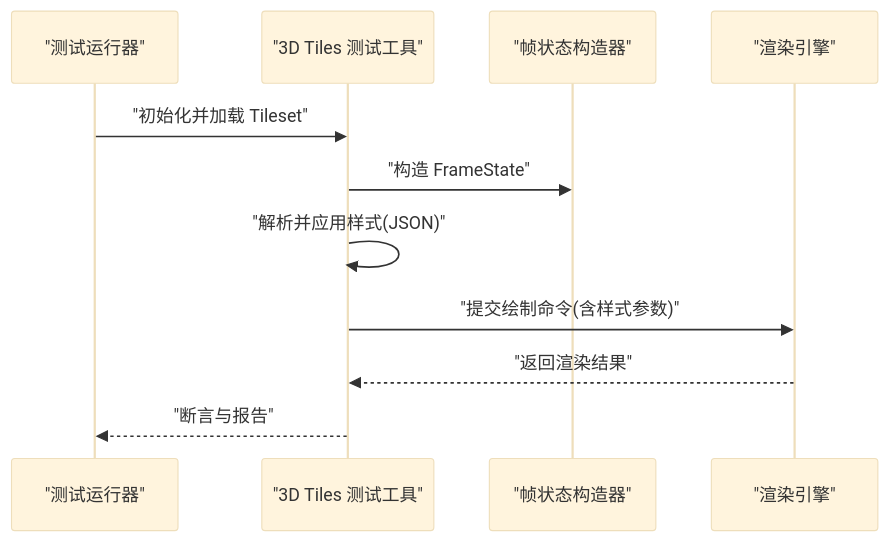
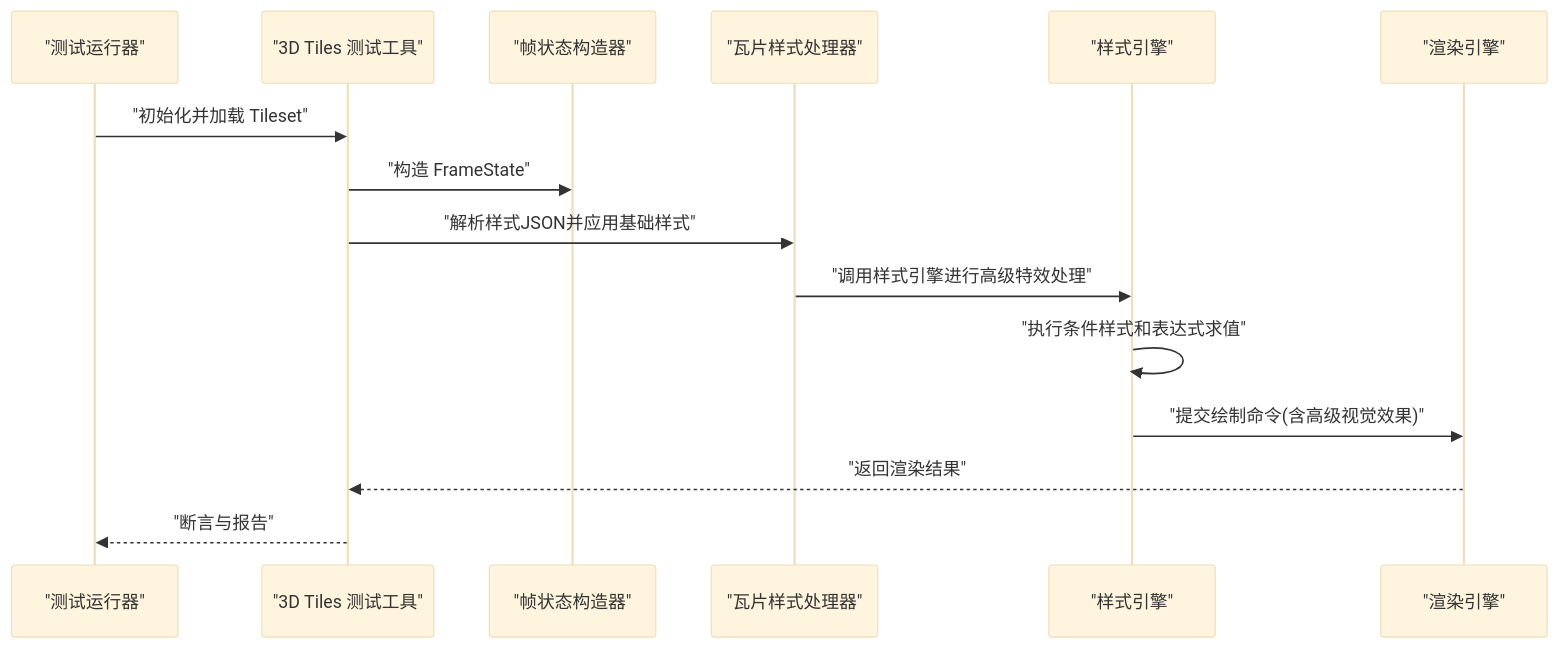
Before and after one commit to rzhangjing/cesium: the second of 4 diagrams in .qoder/repowiki/zh/content/API参考文档/数据源API/Cesium3DTileset/样式系统.md, drawn with Mermaid (base theme). The commit also changed other lines of this file and 29 other files, not shown here.

````diff
--- a/.qoder/repowiki/zh/content/API参考文档/数据源API/Cesium3DTileset/样式系统.md
+++ b/.qoder/repowiki/zh/content/API参考文档/数据源API/Cesium3DTileset/样式系统.md
@@ -64,13 +88,17 @@
 ```mermaid
 sequenceDiagram
 participant Runner as "测试运行器"
 participant Tester as "3D Tiles 测试工具"
 participant FS as "帧状态构造器"
+participant TS as "瓦片样式处理器"
+participant SE as "样式引擎"
 participant Engine as "渲染引擎"
 Runner->>Tester : "初始化并加载 Tileset"
 Tester->>FS : "构造 FrameState"
-Tester->>Tester : "解析并应用样式(JSON)"
-Tester->>Engine : "提交绘制命令(含样式参数)"
+Tester->>TS : "解析样式JSON并应用基础样式"
+TS->>SE : "调用样式引擎进行高级特效处理"
+SE->>SE : "执行条件样式和表达式求值"
+SE->>Engine : "提交绘制命令(含高级视觉效果)"
 Engine-->>Tester : "返回渲染结果"
 Tester-->>Runner : "断言与报告"
 ```
````
